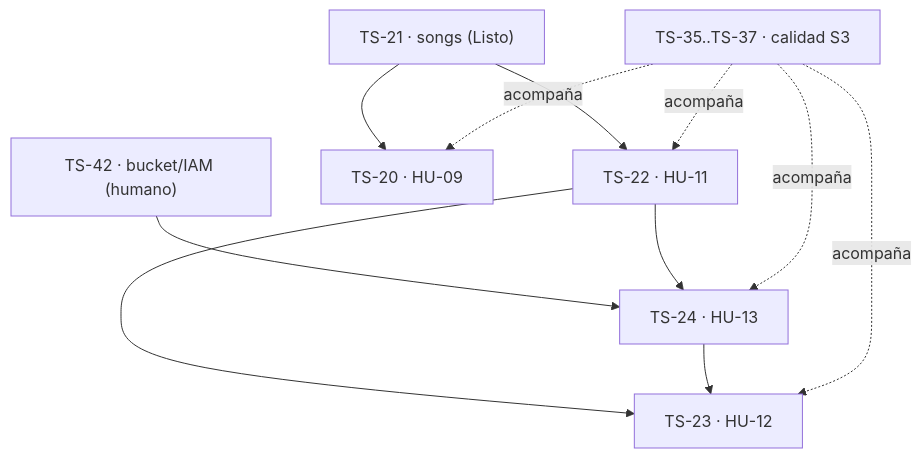
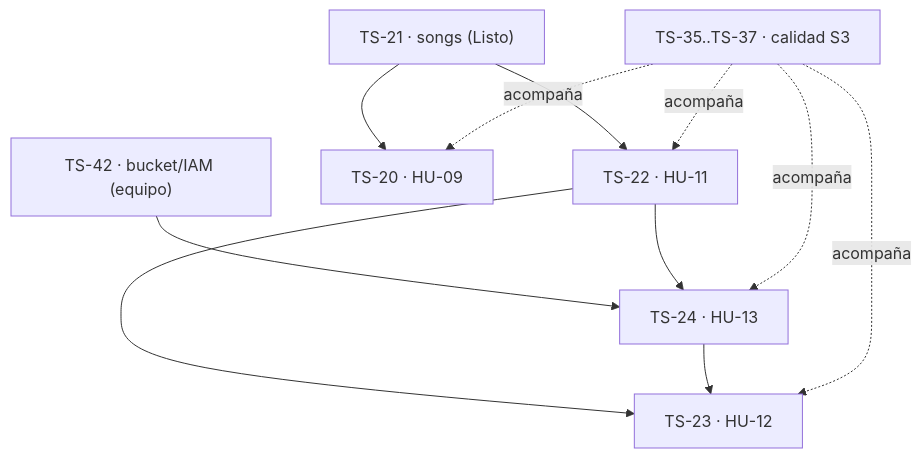
Before and after one commit to Bastian2704/trackstudio-demo: the diagram in docs/backlog/sprints/sprint-03.md, drawn with Mermaid. The commit also changed other lines of this file and 31 other files, not shown here.

Commit message:
docs: TS-79 replace 'humano' with 'equipo' in current docs

````diff
--- a/docs/backlog/sprints/sprint-03.md
+++ b/docs/backlog/sprints/sprint-03.md
@@ -41,13 +41,13 @@
 ```mermaid
 flowchart TD
-    K["TS-42 · bucket/IAM (humano)"] --> D["TS-24 · HU-13"]
+    K["TS-42 · bucket/IAM (equipo)"] --> D["TS-24 · HU-13"]
     A["TS-21 · songs (Listo)"] --> B["TS-20 · HU-09"]
     A --> C["TS-22 · HU-11"]
     C --> D
     C --> E["TS-23 · HU-12"]
     D --> E
     Q["TS-35..TS-37 · calidad S3"] -. acompaña .-> B
     Q -. acompaña .-> C
     Q -. acompaña .-> D
     Q -. acompaña .-> E
 ```
````
